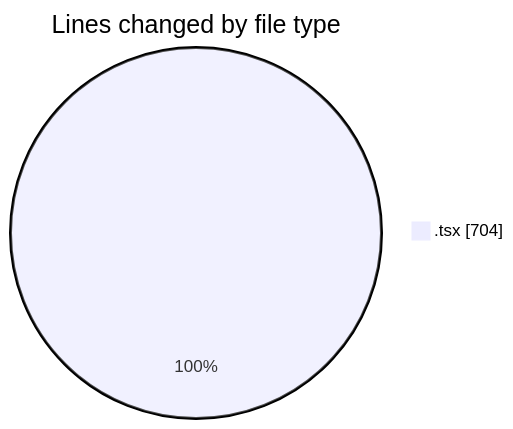
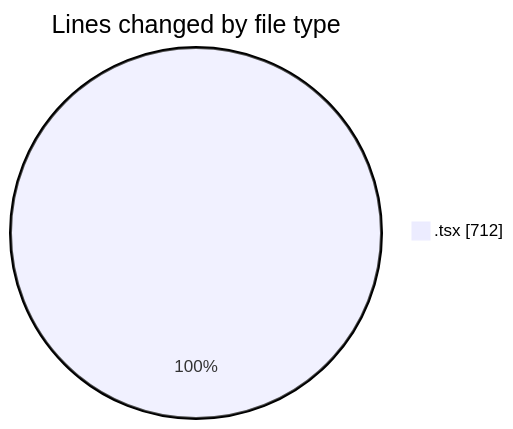
Before and after one commit to nxtqubesakshisongat/code-tracking: the first of 2 diagrams in 2026-03-03/nxtqube_webapp/README.md, drawn with Mermaid. The commit also changed other lines of this file and 1 other file, not shown here.

````diff
--- a/2026-03-03/nxtqube_webapp/README.md
+++ b/2026-03-03/nxtqube_webapp/README.md
@@ -20,5 +20,5 @@
 ```mermaid
 pie showData
 title Lines changed by file type
-".tsx" : 704
+".tsx" : 712
 ```
````
